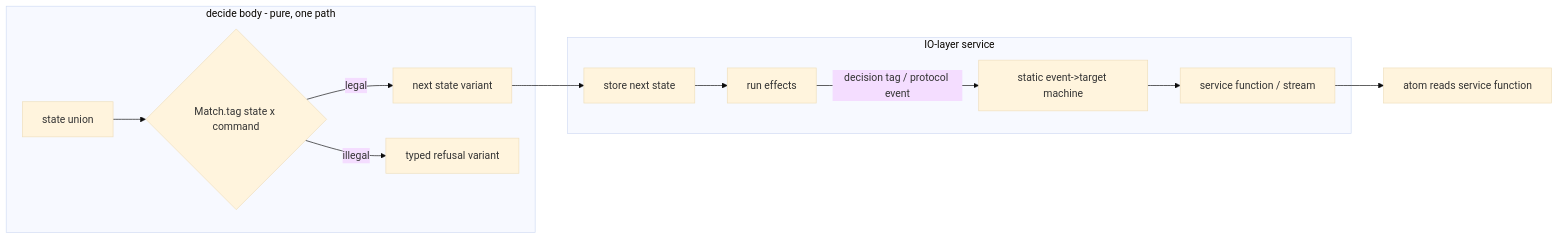
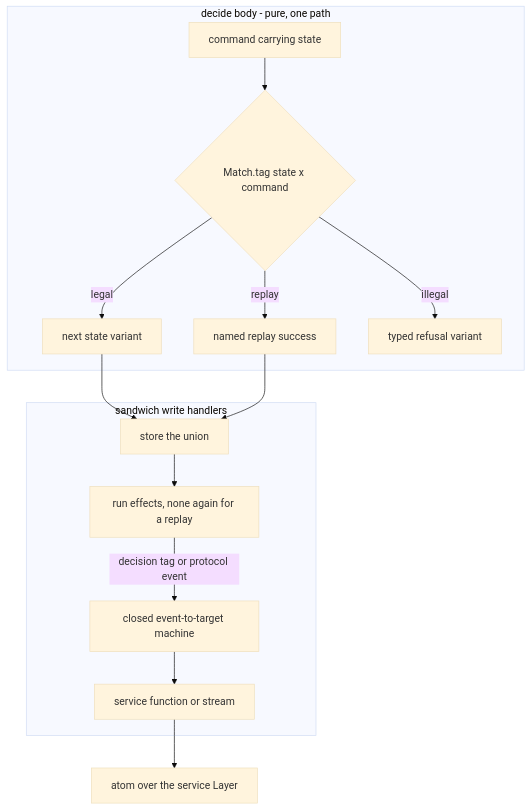
The second of 3 diagrams in docs/plans/2026-10-12-1722-feat-decision-machine-placement-plan.md (systemfsoftware/systemfsoftware), drawn with Mermaid (base theme) before and after one commit. The commit also changed other lines of this file, not shown here.

Commit message:
docs(plans): enrich the decision-machine placement plan with gates and units

````diff
--- a/docs/plans/2026-10-12-1722-feat-decision-machine-placement-plan.md
+++ b/docs/plans/2026-10-12-1722-feat-decision-machine-placement-plan.md
@@ -155,15 +202,17 @@
 ```mermaid
-flowchart LR
+flowchart TB
   subgraph core[decide body - pure, one path]
-    S[state union] --> M{Match.tag state x command}
-    M -->|legal| N[next state variant]
-    M -->|illegal| R[typed refusal variant]
+    CMD[command carrying state] --> MT{Match.tag state x command}
+    MT -->|legal| NX[next state variant]
+    MT -->|replay| RS[named replay success]
+    MT -->|illegal| RF[typed refusal variant]
   end
-  subgraph shell[IO-layer service]
-    W[store next state] --> E[run effects]
-    E -->|decision tag / protocol event| SM[static event->target machine]
-    SM --> F[service function / stream]
+  subgraph shell[sandwich write handlers]
+    ST[store the union] --> EF[run effects, none again for a replay]
+    EF -->|decision tag or protocol event| SM[closed event-to-target machine]
+    SM --> SF[service function or stream]
   end
-  N --> W
-  F --> A[atom reads service function]
+  NX --> ST
+  RS --> ST
+  SF --> AT[atom over the service Layer]
 ```
````
